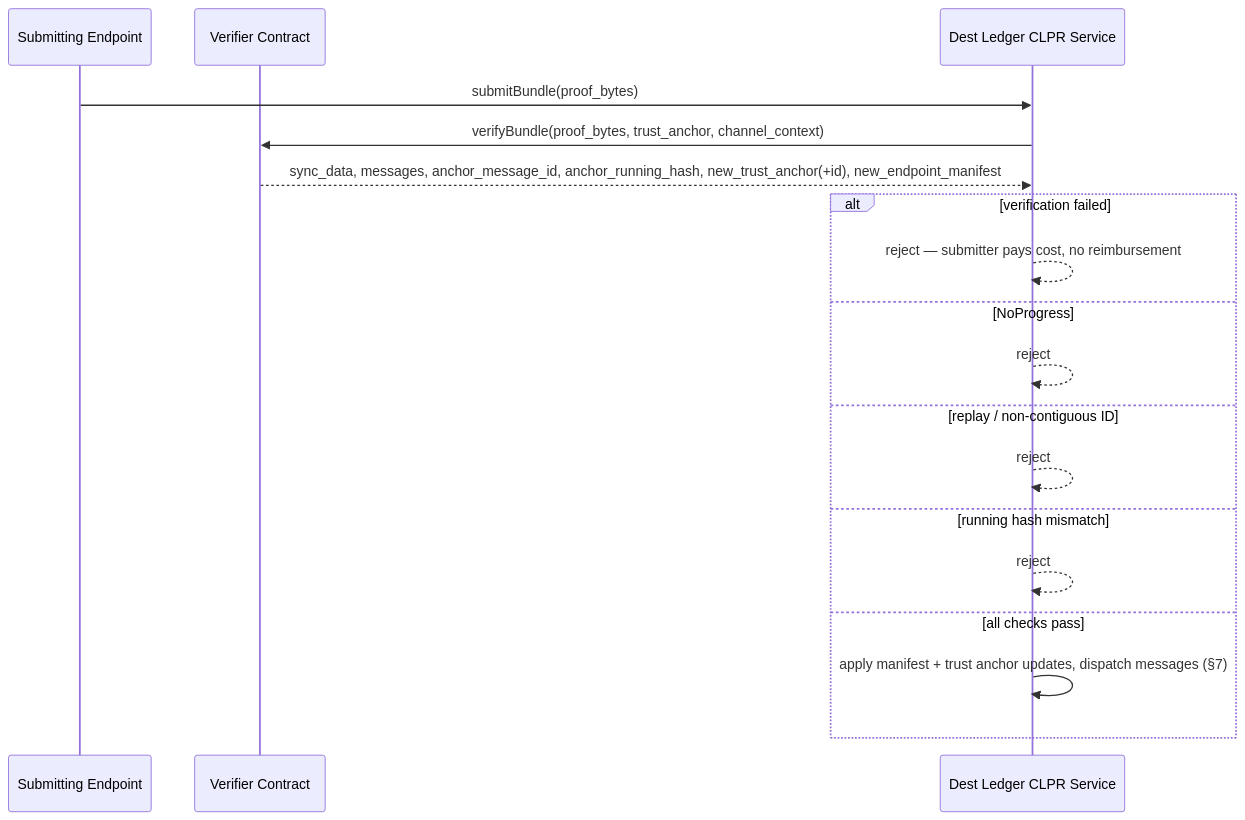
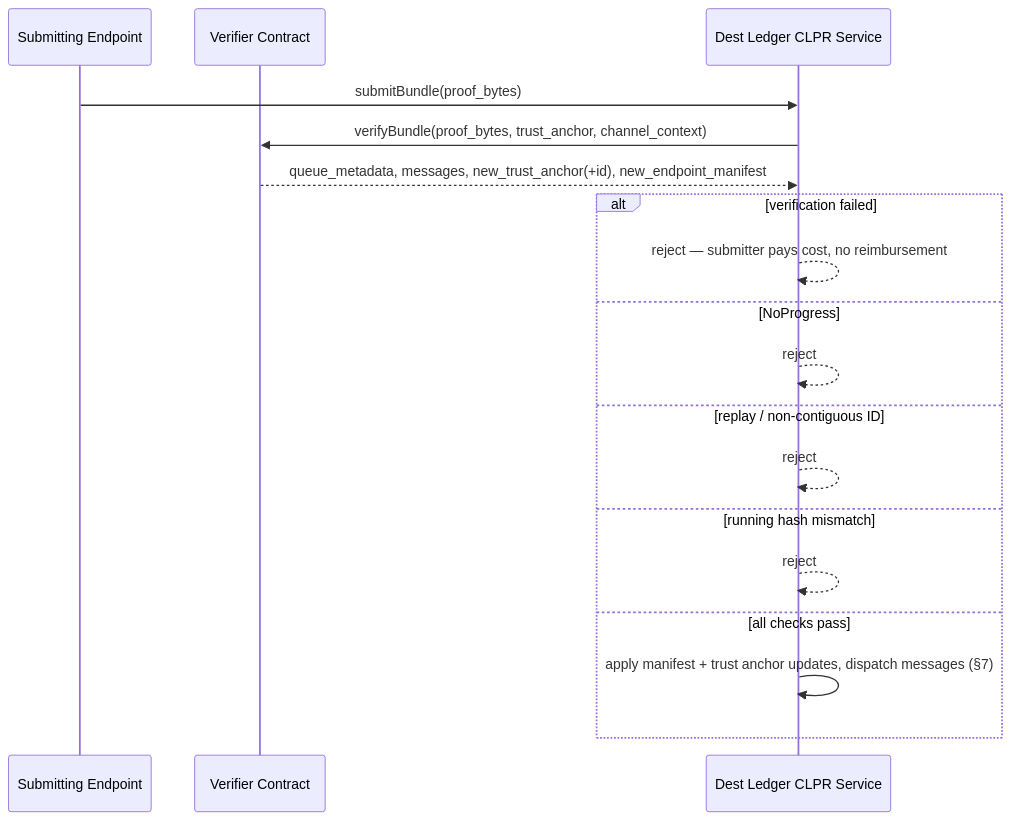
The second of 3 diagrams in HIP/hip-1535.md (hiero-ledger/hiero-improvement-proposals), drawn with Mermaid before and after one commit. The commit also changed other lines of this file, not shown here.

````diff
--- a/HIP/hip-1535.md
+++ b/HIP/hip-1535.md
@@ -420,21 +429,21 @@
 ```mermaid
 sequenceDiagram
     participant EP as Submitting Endpoint
     participant VC as Verifier Contract
     participant DST as Dest Ledger CLPR Service
 
     EP->>DST: submitBundle(proof_bytes)
     DST->>VC: verifyBundle(proof_bytes, trust_anchor, channel_context)
-    VC-->>DST: sync_data, messages, anchor_message_id, anchor_running_hash, new_trust_anchor(+id), new_endpoint_manifest
+    VC-->>DST: queue_metadata, messages, new_trust_anchor(+id), new_endpoint_manifest
     alt verification failed
         DST-->>DST: reject — submitter pays cost, no reimbursement
     else NoProgress
         DST-->>DST: reject
     else replay / non-contiguous ID
         DST-->>DST: reject
     else running hash mismatch
         DST-->>DST: reject
     else all checks pass
         DST->>DST: apply manifest + trust anchor updates, dispatch messages (§7)
     end
 ```
````
